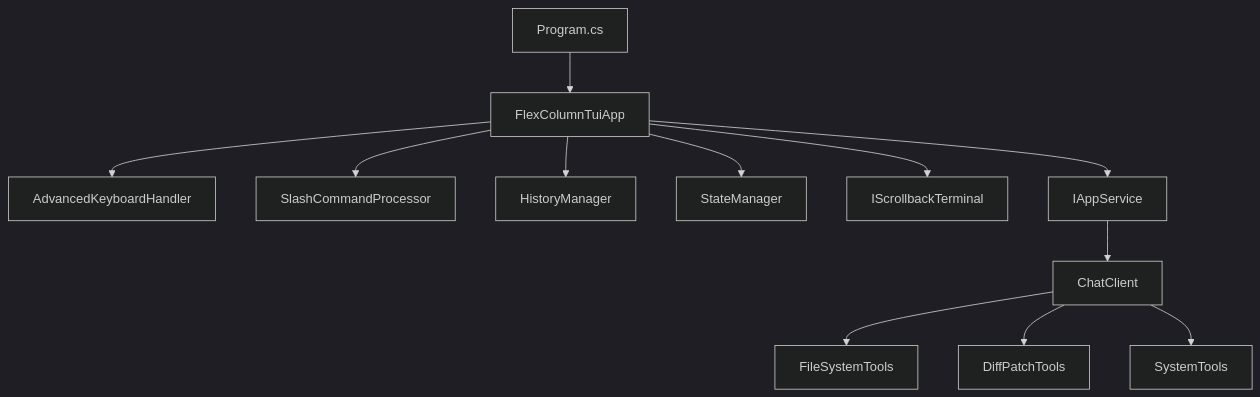
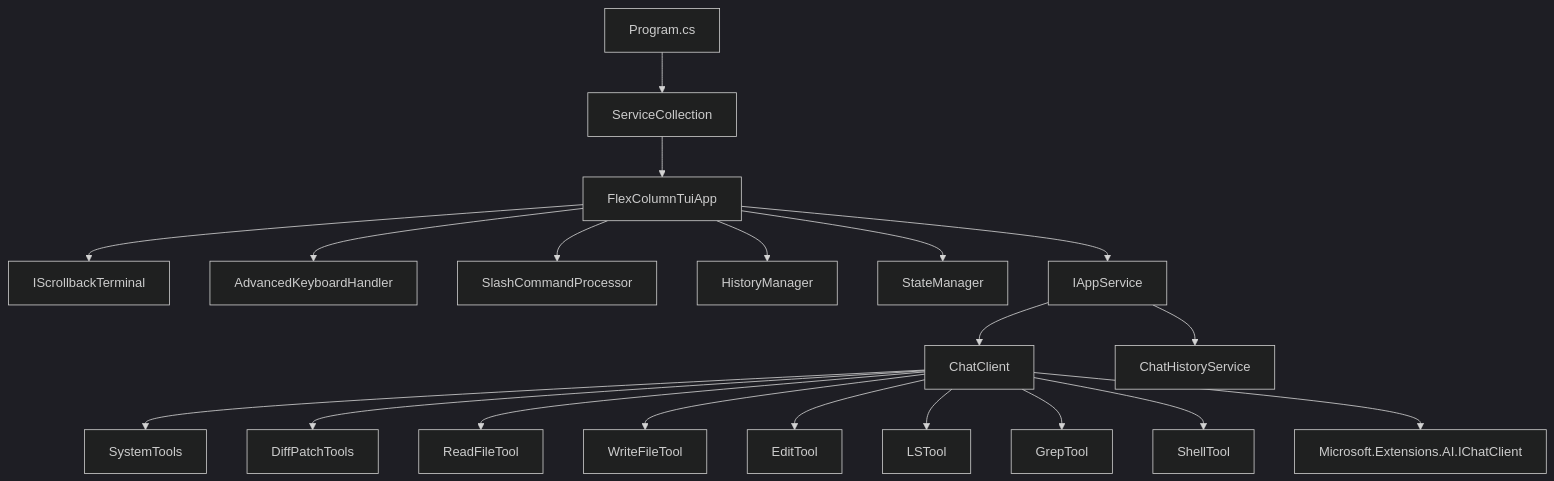
The first of 2 diagrams in docs/process/03_architecture.md (peakflames/mogzi), drawn with Mermaid (dark theme) before and after one commit. The commit also changed other lines of this file and 3 other files, not shown here.

````diff
--- a/docs/process/03_architecture.md
+++ b/docs/process/03_architecture.md
@@ -12,16 +23,24 @@
 ```mermaid
 graph TD
-    A[Program.cs] --> B[FlexColumnTuiApp]
-    B --> C[AdvancedKeyboardHandler]
-    B --> D[SlashCommandProcessor]
-    B --> E[HistoryManager]
-    B --> F[StateManager]
-    B --> G[IScrollbackTerminal]
+    A[Program.cs] --> B[ServiceCollection]
+    B --> C[FlexColumnTuiApp]
+    C --> D[IScrollbackTerminal]
+    C --> E[AdvancedKeyboardHandler]
+    C --> F[SlashCommandProcessor]
+    C --> G[HistoryManager]
+    C --> H[StateManager]
     
-    H[IAppService] --> I[ChatClient]
-    I --> J[FileSystemTools]
-    I --> K[DiffPatchTools]
-    I --> L[SystemTools]
+    I[IAppService] --> J[ChatClient]
+    J --> K[SystemTools]
+    J --> L[DiffPatchTools]
+    J --> M[ReadFileTool]
+    J --> N[WriteFileTool]
+    J --> O[EditTool]
+    J --> P[LSTool]
+    J --> Q[GrepTool]
+    J --> R[ShellTool]
     
-    B --> H
+    C --> I
+    I --> S[ChatHistoryService]
+    J --> T[Microsoft.Extensions.AI.IChatClient]
 ```
````
